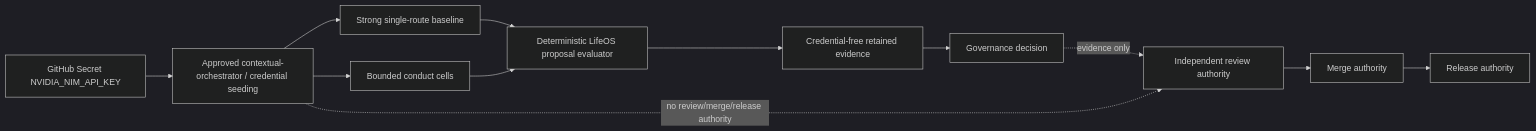
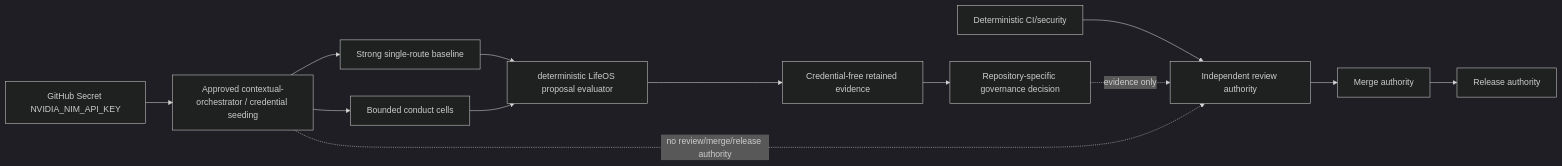
Before and after one commit to ContextualWisdomLab/life-os: diagram 12 of 15 in docs/UML.md, drawn with Mermaid (dark theme). The commit also changed other lines of this file and 12 other files, not shown here.

````diff
--- a/docs/UML.md
+++ b/docs/UML.md
@@ -161,15 +254,16 @@
 ```mermaid
 flowchart LR
     Secret[GitHub Secret NVIDIA_NIM_API_KEY] --> Seed[Approved contextual-orchestrator / credential seeding]
     Seed --> Route[Strong single-route baseline]
     Seed --> Conduct[Bounded conduct cells]
-    Route --> Eval[Deterministic LifeOS proposal evaluator]
-    Conduct --> Eval
-    Eval --> Evidence[Credential-free retained evidence]
-    Evidence --> Governance[Governance decision]
+    Route --> Evaluator[deterministic LifeOS proposal evaluator]
+    Conduct --> Evaluator
+    Evaluator --> Evidence[Credential-free retained evidence]
+    Evidence --> Governance[Repository-specific governance decision]
 
-    Review[Independent review authority] --> Merge[Merge authority]
+    CI[Deterministic CI/security] --> Review[Independent review authority]
+    Review --> Merge[Merge authority]
     Merge --> Release[Release authority]
     Governance -. evidence only .-> Review
     Seed -. no review/merge/release authority .-> Review
 ```
````
